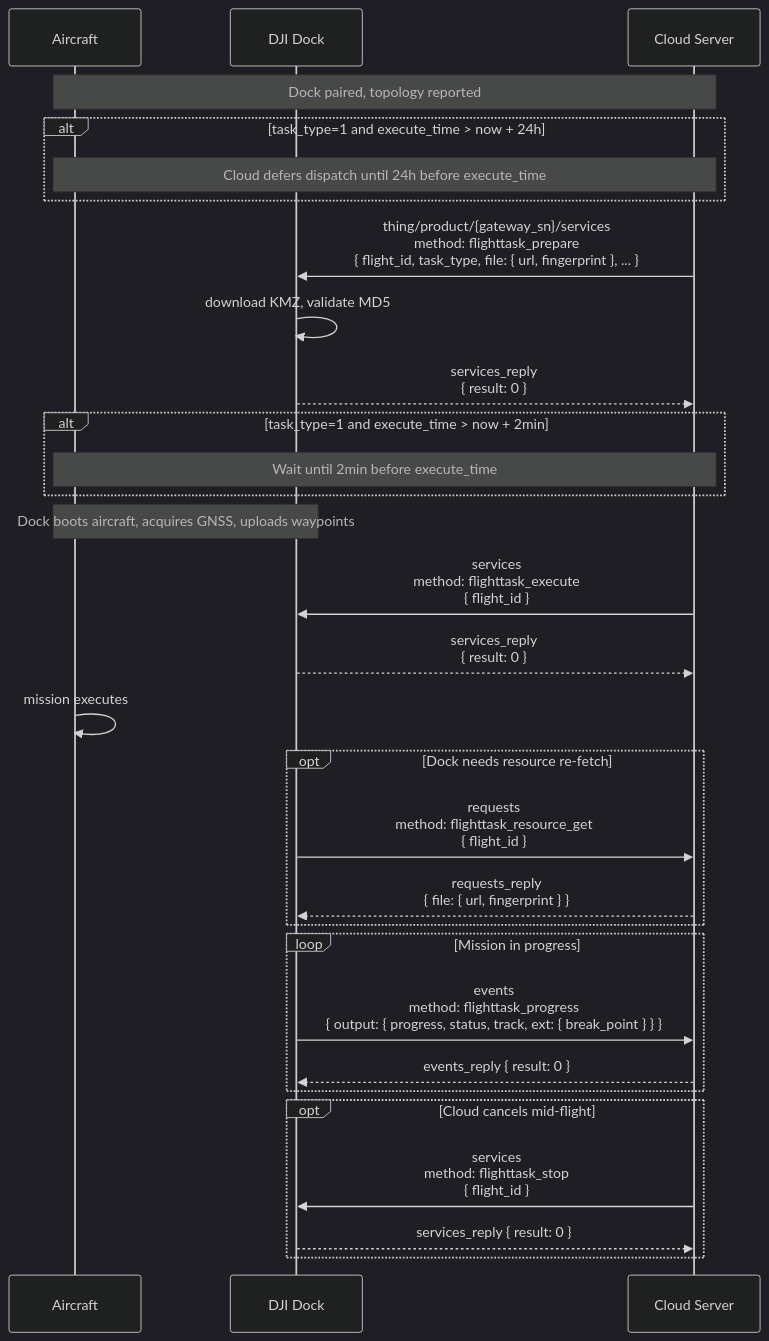
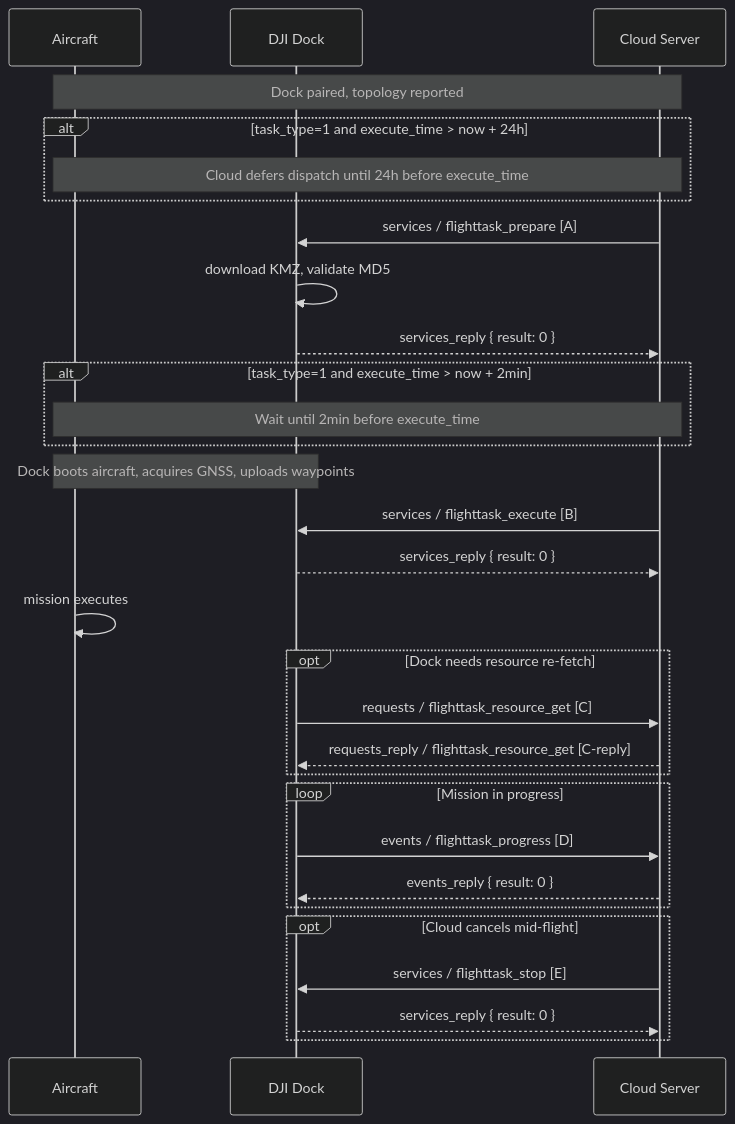
Before and after one commit to larry-watkins-wps/DJI-docs-master: the second of 3 diagrams in master-docs/workflows/wayline-upload-and-execution.md, drawn with Mermaid (dark theme). The commit also changed other lines of this file and 10 other files, not shown here.

First line of the commit message:
docs: beautify workflow mermaid diagrams with separate JSON payload blocks

````diff
--- a/master-docs/workflows/wayline-upload-and-execution.md
+++ b/master-docs/workflows/wayline-upload-and-execution.md
@@ -62,39 +133,39 @@
 ```mermaid
 sequenceDiagram
     participant aircraft as Aircraft
     participant dock as DJI Dock
     participant cloud as Cloud Server
 
     note over aircraft,cloud: Dock paired, topology reported
     alt task_type=1 and execute_time > now + 24h
         note over aircraft,cloud: Cloud defers dispatch until 24h before execute_time
     end
 
-    cloud ->> dock: thing/product/{gateway_sn}/services<br/>method: flighttask_prepare<br/>{ flight_id, task_type, file: { url, fingerprint }, ... }
+    cloud ->> dock: services / flighttask_prepare   [A]
     dock ->> dock: download KMZ, validate MD5
-    dock -->> cloud: services_reply<br/>{ result: 0 }
+    dock -->> cloud: services_reply { result: 0 }
 
     alt task_type=1 and execute_time > now + 2min
         note over aircraft,cloud: Wait until 2min before execute_time
     end
     note over aircraft,dock: Dock boots aircraft, acquires GNSS, uploads waypoints
 
-    cloud ->> dock: services<br/>method: flighttask_execute<br/>{ flight_id }
-    dock -->> cloud: services_reply<br/>{ result: 0 }
+    cloud ->> dock: services / flighttask_execute   [B]
+    dock -->> cloud: services_reply { result: 0 }
     aircraft ->> aircraft: mission executes
 
     opt Dock needs resource re-fetch
-        dock ->> cloud: requests<br/>method: flighttask_resource_get<br/>{ flight_id }
-        cloud -->> dock: requests_reply<br/>{ file: { url, fingerprint } }
+        dock ->> cloud: requests / flighttask_resource_get   [C]
+        cloud -->> dock: requests_reply / flighttask_resource_get   [C-reply]
     end
 
     loop Mission in progress
-        dock ->> cloud: events<br/>method: flighttask_progress<br/>{ output: { progress, status, track, ext: { break_point } } }
+        dock ->> cloud: events / flighttask_progress   [D]
         cloud -->> dock: events_reply { result: 0 }
     end
 
     opt Cloud cancels mid-flight
-        cloud ->> dock: services<br/>method: flighttask_stop<br/>{ flight_id }
+        cloud ->> dock: services / flighttask_stop   [E]
         dock -->> cloud: services_reply { result: 0 }
     end
 ```
````
